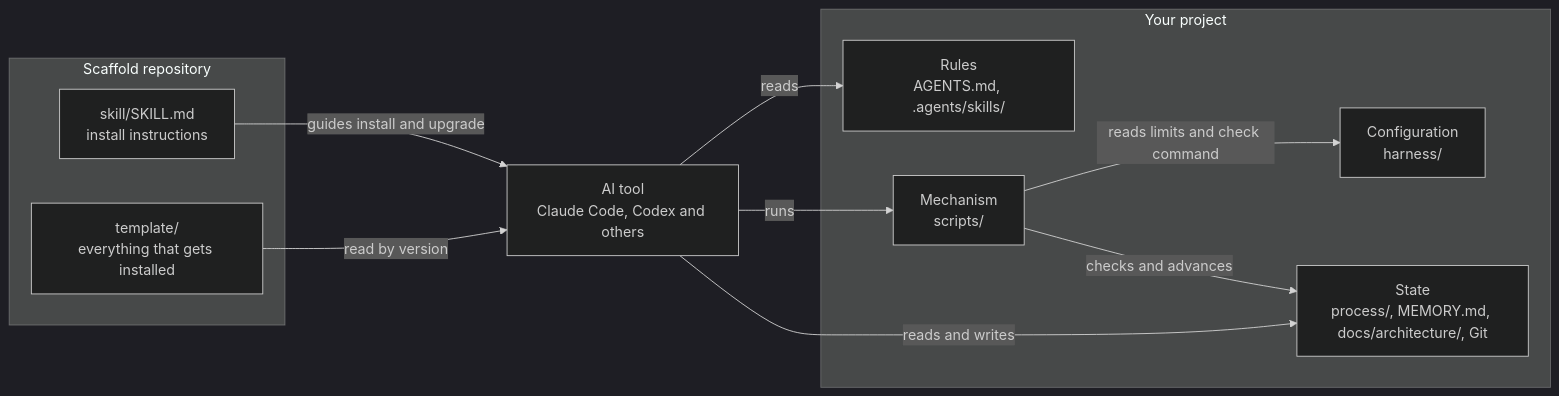
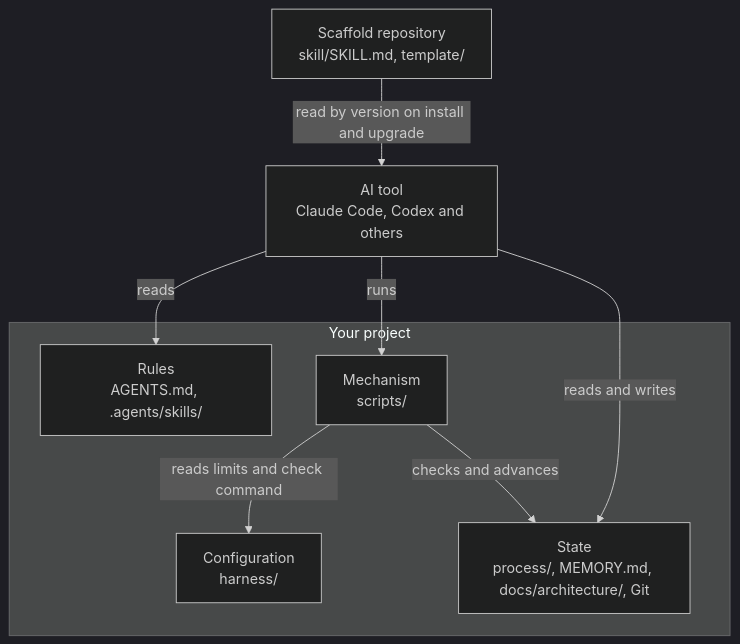
Before and after one commit to Alan-IFT/ai-harness-scaffold: the second of 2 diagrams in README.en.md, drawn with Mermaid (dark theme). The commit also changed 1 other file, not shown here.

Commit message:
docs: stack the README architecture diagram in layers

````diff
--- a/README.en.md
+++ b/README.en.md
@@ -71,24 +71,20 @@
 ```mermaid
-flowchart LR
-    subgraph SC["Scaffold repository"]
-        SK["skill/SKILL.md<br/>install instructions"]
-        T["template/<br/>everything that gets installed"]
-    end
+flowchart TB
+    SC["Scaffold repository<br/>skill/SKILL.md, template/"]
 
     H["AI tool<br/>Claude Code, Codex and others"]
 
     subgraph P["Your project"]
         L1["Rules<br/>AGENTS.md, .agents/skills/"]
         L2["Mechanism<br/>scripts/"]
         L3["Configuration<br/>harness/"]
         L4["State<br/>process/, MEMORY.md, docs/architecture/, Git"]
     end
 
-    SK -- guides install and upgrade --> H
-    T -- read by version --> H
+    SC -- read by version on install and upgrade --> H
     H -- reads --> L1
     H -- runs --> L2
     H -- reads and writes --> L4
     L2 -- reads limits and check command --> L3
     L2 -- checks and advances --> L4
 ```
````
